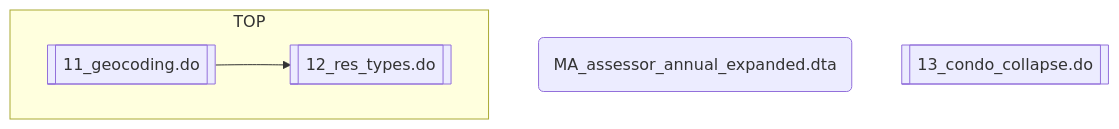
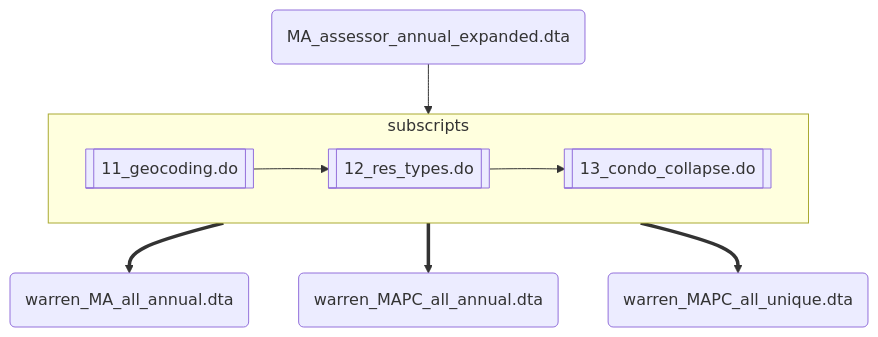
The first of 4 diagrams in code/data_setup/README.md (nchiumenti/boston_zoning), drawn with Mermaid before and after one commit. The commit also changed other lines of this file, not shown here.

````diff
--- a/code/data_setup/README.md
+++ b/code/data_setup/README.md
@@ -51,12 +51,22 @@
 ```mermaid
 flowchart TD
 
   d0(MA_assessor_annual_expanded.dta)
   f1@{ shape: subproc, label: 11_geocoding.do}
   f2@{ shape: subproc, label: "12_res_types.do" }
   f3@{ shape: subproc, label: "13_condo_collapse.do" }
 
-  subgraph TOP;
-    f1-->f2;
+  subgraph subscripts;
+    f1-->f2-->f3;
   end
+
+  d2(warren_MA_all_annual.dta);
+  d3(warren_MAPC_all_annual.dta);
+  d4(warren_MAPC_all_unique.dta);
+
+  d0 --> subscripts
+  subscripts ==> d2
+  subscripts ==> d3
+  subscripts ==> d4
+
 ```
````
